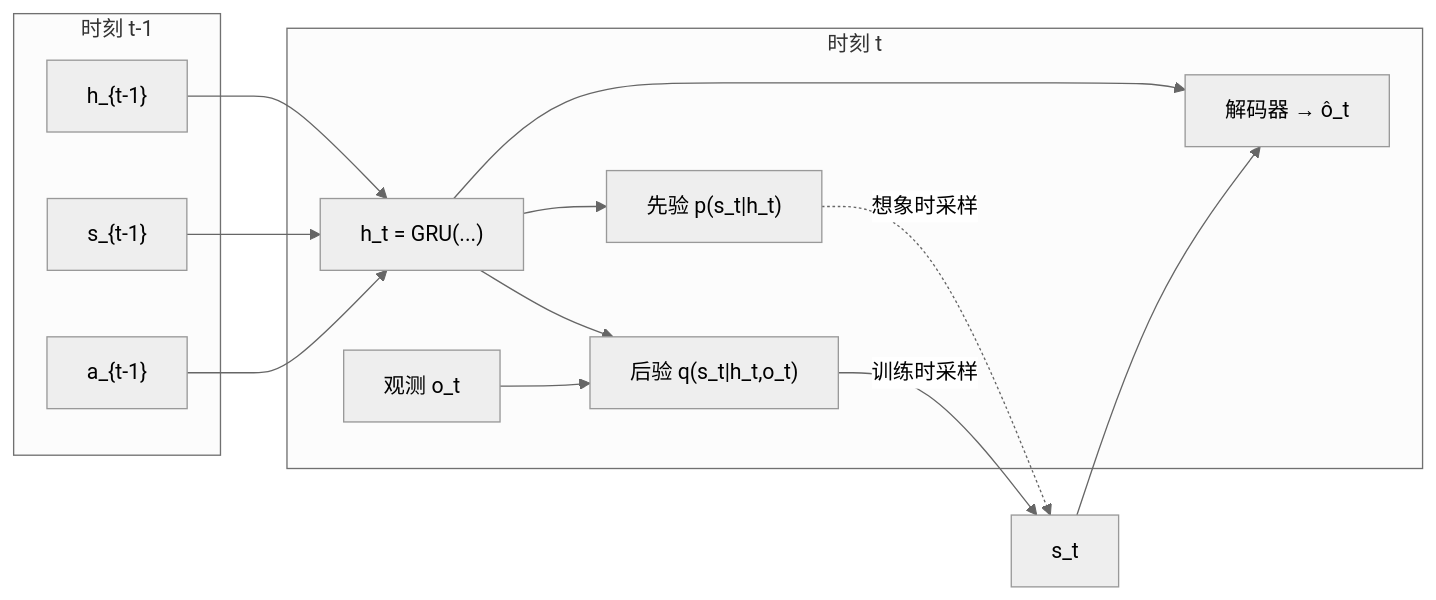
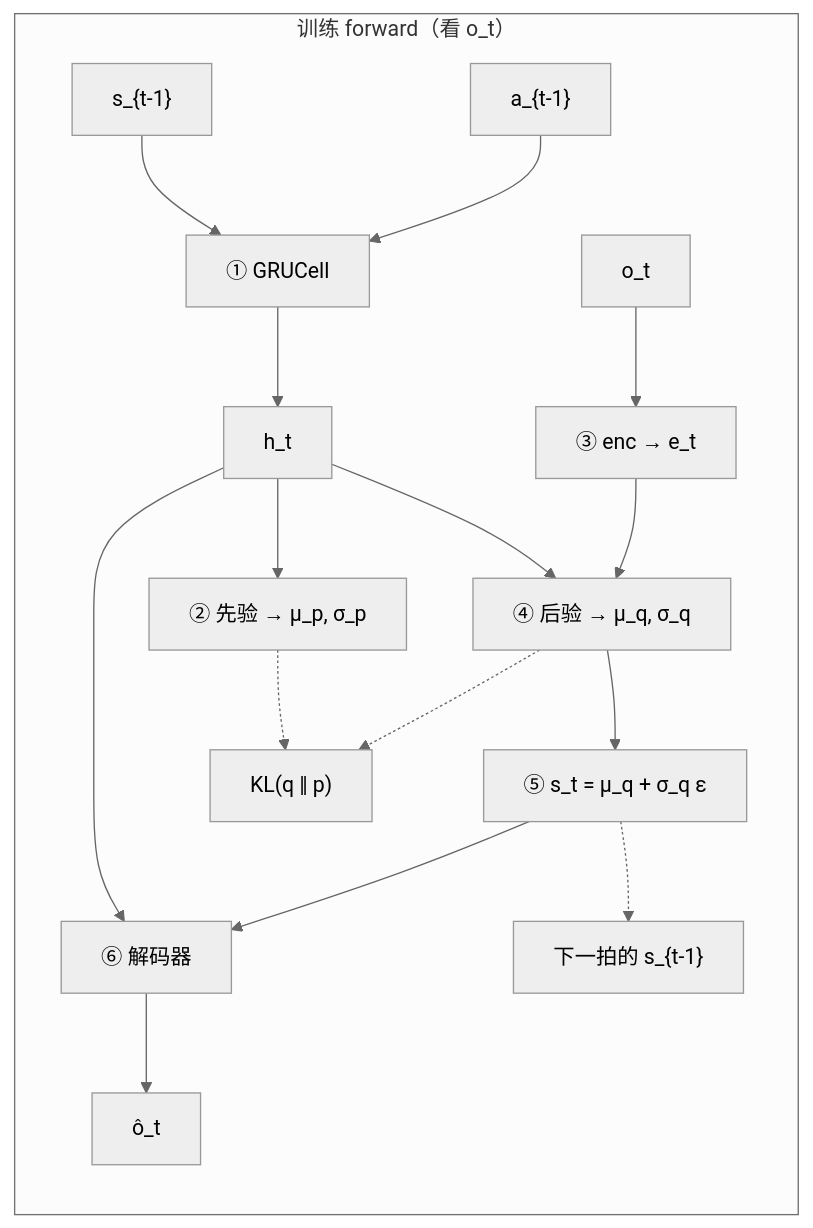
Before and after one commit to DeconBear/notebook: the diagram in docs/world-models/abstract/rssm/index.md, drawn with Mermaid (neutral theme). The commit also changed other lines of this file and 208 other files, not shown here.

First line of the commit message:
docs: add foldable derivations, principle figures, and a corrected RSSM diagram

````diff
--- a/docs/world-models/abstract/rssm/index.md
+++ b/docs/world-models/abstract/rssm/index.md
@@ -73,25 +112,20 @@
 ```mermaid
-flowchart LR
-    subgraph t_minus["时刻 t-1"]
-        h0["h_{t-1}"]
-        s0["s_{t-1}"]
-        a0["a_{t-1}"]
+flowchart TB
+    subgraph train["训练 forward（看 o_t）"]
+        direction TB
+        sPrev["s_{t-1}"] --> gru["① GRUCell"]
+        aPrev["a_{t-1}"] --> gru
+        gru --> ht["h_t"]
+        ht --> prior["② 先验 → μ_p, σ_p"]
+        ot["o_t"] --> enc["③ enc → e_t"]
+        ht --> post["④ 后验 → μ_q, σ_q"]
+        enc --> post
+        post --> samp["⑤ s_t = μ_q + σ_q ε"]
+        prior -.-> kl["KL(q ‖ p)"]
+        post -.-> kl
+        ht --> dec["⑥ 解码器"]
+        samp --> dec
+        dec --> ohat["ô_t"]
+        samp -.-> next["下一拍的 s_{t-1}"]
     end
-    subgraph t_now["时刻 t"]
-        h1["h_t = GRU(...)"]
-        prior["先验 p(s_t|h_t)"]
-        post["后验 q(s_t|h_t,o_t)"]
-        o1["观测 o_t"]
-        dec["解码器 → ô_t"]
-    end
-    h0 --> h1
-    s0 --> h1
-    a0 --> h1
-    h1 --> prior
-    h1 --> post
-    o1 --> post
-    prior -.->|"想象时采样"| s1["s_t"]
-    post -->|"训练时采样"| s1
-    h1 --> dec
-    s1 --> dec
 ```
````
